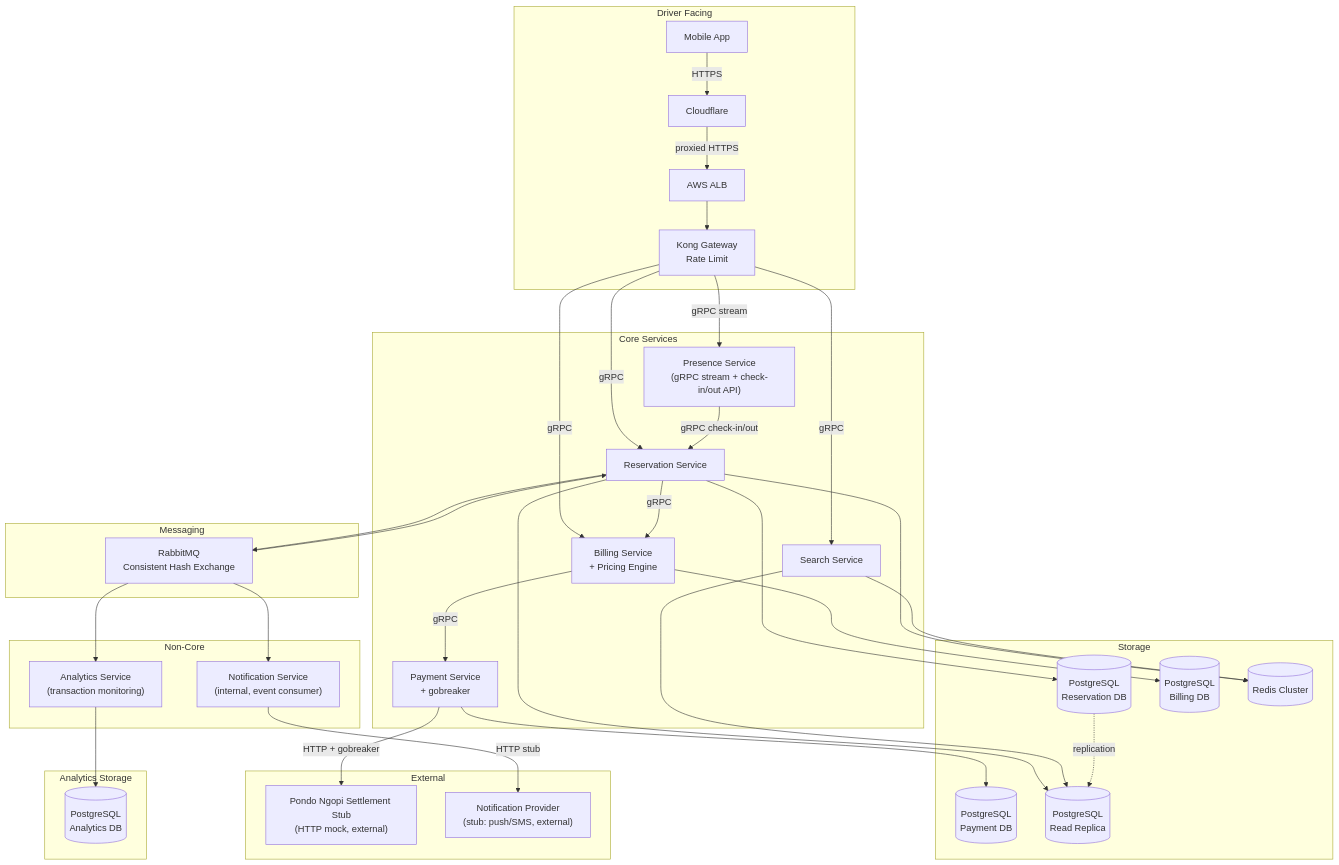
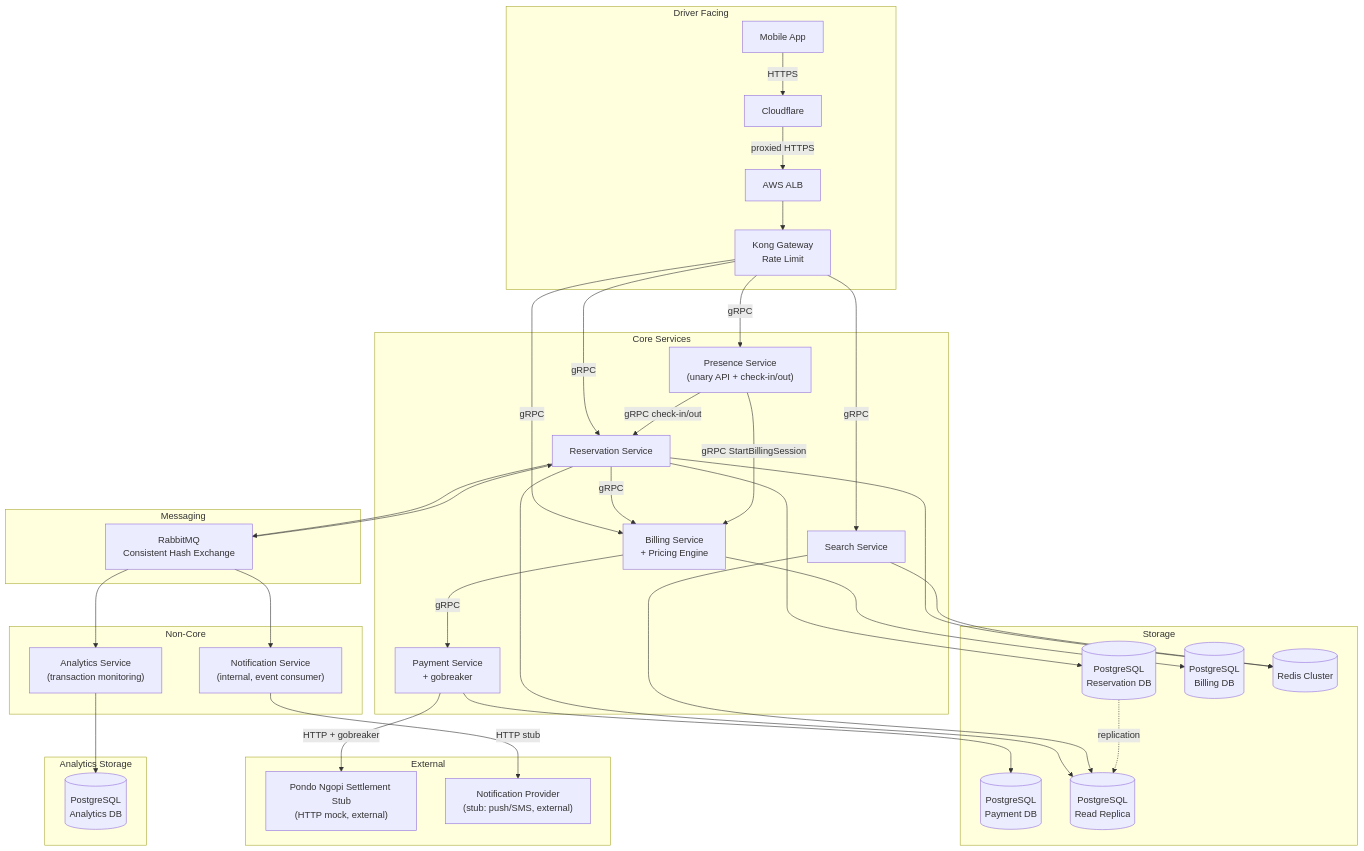
One commit to ParkirPintar/parkir-pintar-backend changed diagram 19 of 23 in README.md. Above: the diagram before and after it, drawn with Mermaid. The commit also changed other lines of this file and 28 other files, not shown here.

First line of the commit message:
feat(services): integrate billing with presence and refactor location tracking

````diff
--- a/README.md
+++ b/README.md
@@ -1300,73 +1320,74 @@
 ```mermaid
 graph TD
     subgraph Driver Facing
         APP["Mobile App"]
         CF["Cloudflare"]
         ALB["AWS ALB"]
         KONG["Kong Gateway\nRate Limit"]
     end
 
     subgraph Core Services
         SEARCH["Search Service"]
         RESERVATION["Reservation Service"]
         BILLING["Billing Service\n+ Pricing Engine"]
         PAYMENT["Payment Service\n+ gobreaker"]
-        PRESENCE["Presence Service\n(gRPC stream + check-in/out API)"]
+        PRESENCE["Presence Service\n(unary API + check-in/out)"]
     end
 
     subgraph Non-Core
         NOTIF["Notification Service\n(internal, event consumer)"]
         ANALYTICS["Analytics Service\n(transaction monitoring)"]
     end
 
     subgraph External
         SETTLEMENT["Pondo Ngopi Settlement Stub\n(HTTP mock, external)"]
         NOTIF_PROVIDER["Notification Provider\n(stub: push/SMS, external)"]
     end
 
     subgraph Analytics Storage
         PG_AN[("PostgreSQL\nAnalytics DB")]
     end
 
     subgraph Messaging
         RMQ["RabbitMQ\nConsistent Hash Exchange"]
     end
 
     subgraph Storage
         PG_RES[("PostgreSQL\nReservation DB")]
         PG_BIL[("PostgreSQL\nBilling DB")]
         PG_PAY[("PostgreSQL\nPayment DB")]
         PG_R[("PostgreSQL\nRead Replica")]
         REDIS[("Redis Cluster")]
     end
 
     APP -->|HTTPS| CF
     CF -->|proxied HTTPS| ALB
     ALB --> KONG
     KONG -->|gRPC| SEARCH
     KONG -->|gRPC| RESERVATION
     KONG -->|gRPC| BILLING
-    KONG -->|gRPC stream| PRESENCE
+    KONG -->|gRPC| PRESENCE
 
     RESERVATION --> RMQ
     RMQ --> RESERVATION
     RESERVATION -->|gRPC| BILLING
     BILLING -->|gRPC| PAYMENT
     PRESENCE -->|gRPC check-in/out| RESERVATION
+    PRESENCE -->|gRPC StartBillingSession| BILLING
 
     RESERVATION --> REDIS
     RESERVATION --> PG_RES
     RESERVATION --> PG_R
     BILLING --> PG_BIL
     PAYMENT --> PG_PAY
     SEARCH --> REDIS
     SEARCH --> PG_R
 
     PG_RES -.->|replication| PG_R
 
     RMQ --> NOTIF
     RMQ --> ANALYTICS
     PAYMENT -->|HTTP + gobreaker| SETTLEMENT
     NOTIF -->|HTTP stub| NOTIF_PROVIDER
     ANALYTICS --> PG_AN
 ```
````
